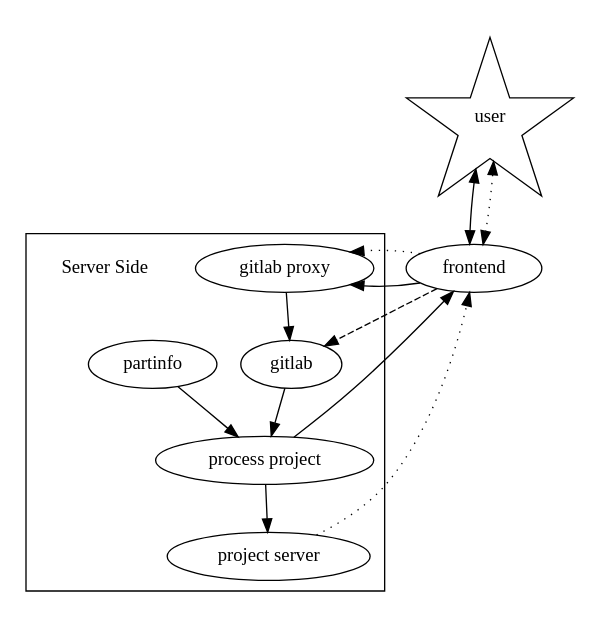
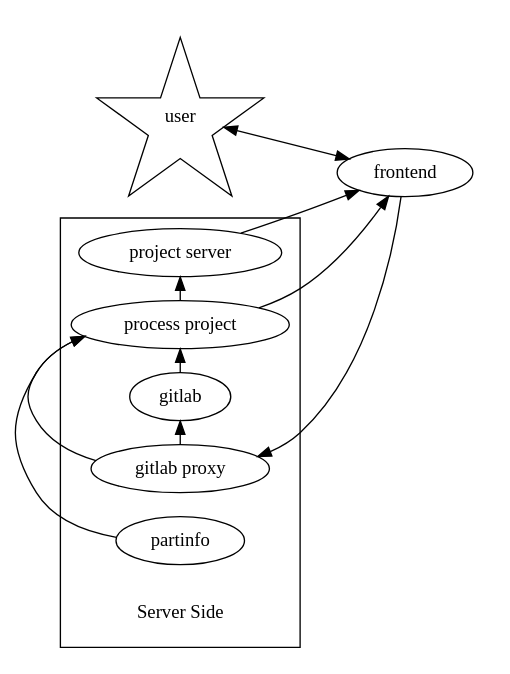
The diagram in docs/planned.dot (kitspace/kitspace), drawn with Graphviz before and after one commit. The commit also changed 5 other files, not shown here.

Commit message:
Simplify planned graph

```diff
--- a/docs/planned.dot
+++ b/docs/planned.dot
@@ -1,23 +1,23 @@
 digraph current {
+    rankdir=LR;
     user [shape=star];
     user -> frontend [dir=both];
-    user -> frontend [dir=both;style=dotted;];
     frontend -> "gitlab proxy";
-    frontend -> "gitlab proxy" [style=dotted];
-    frontend -> gitlab [style=dashed];
     "gitlab proxy" -> gitlab;
     gitlab -> "process project";
     partinfo -> "process project";
     "process project" -> "project server";
     "process project" -> frontend;
-    "project server" -> frontend [style=dotted];
+    "gitlab proxy" -> "process project";
+    "project server" -> frontend;
     subgraph cluster_01 {
         color=none;
         user frontend;
     }
     subgraph cluster_02 {
+        {rank=same;
         "Server Side" [shape=none];
         gitlab partinfo "project server";
-        "gitlab proxy" "process project";
+        "gitlab proxy" "process project";}
     }
 }
```
